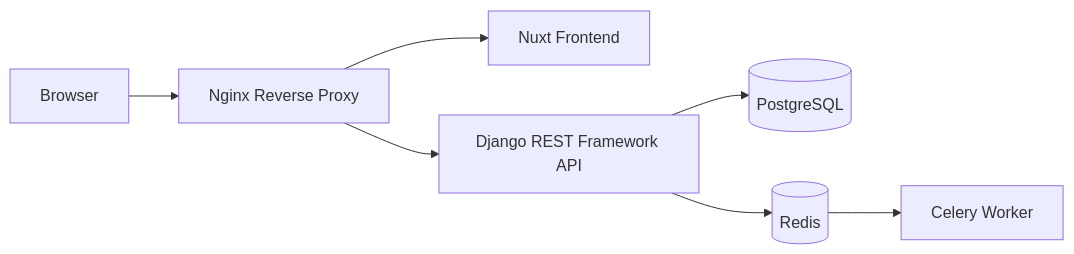
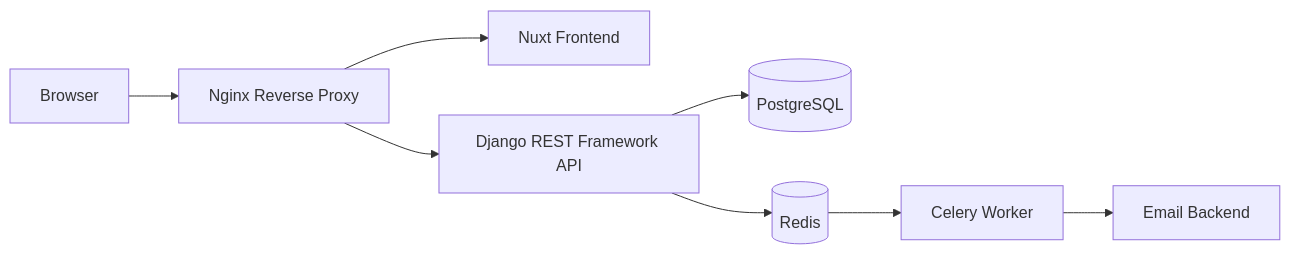
One commit to felmarlop/docker-fullstack changed the diagram in README.md. Above: the diagram before and after it, drawn with Mermaid. The commit also changed other lines of this file and 5 other files, not shown here.

Commit message:
feat(celery): added asynchronous email support

````diff
--- a/README.md
+++ b/README.md
@@ -26,15 +26,17 @@
 ```mermaid
 flowchart LR
 
     Browser[Browser]
 
     Browser --> Nginx[Nginx Reverse Proxy]
 
     Nginx --> Frontend[Nuxt Frontend]
     Nginx --> Backend[Django REST Framework API]
 
-    Backend --> Database[(PostgreSQL)]
+    Backend --> PostgreSQL[(PostgreSQL)]
     Backend --> Redis[(Redis)]
 
     Redis --> Celery[Celery Worker]
+
+    Celery --> Email[Email Backend]
 ```
````
